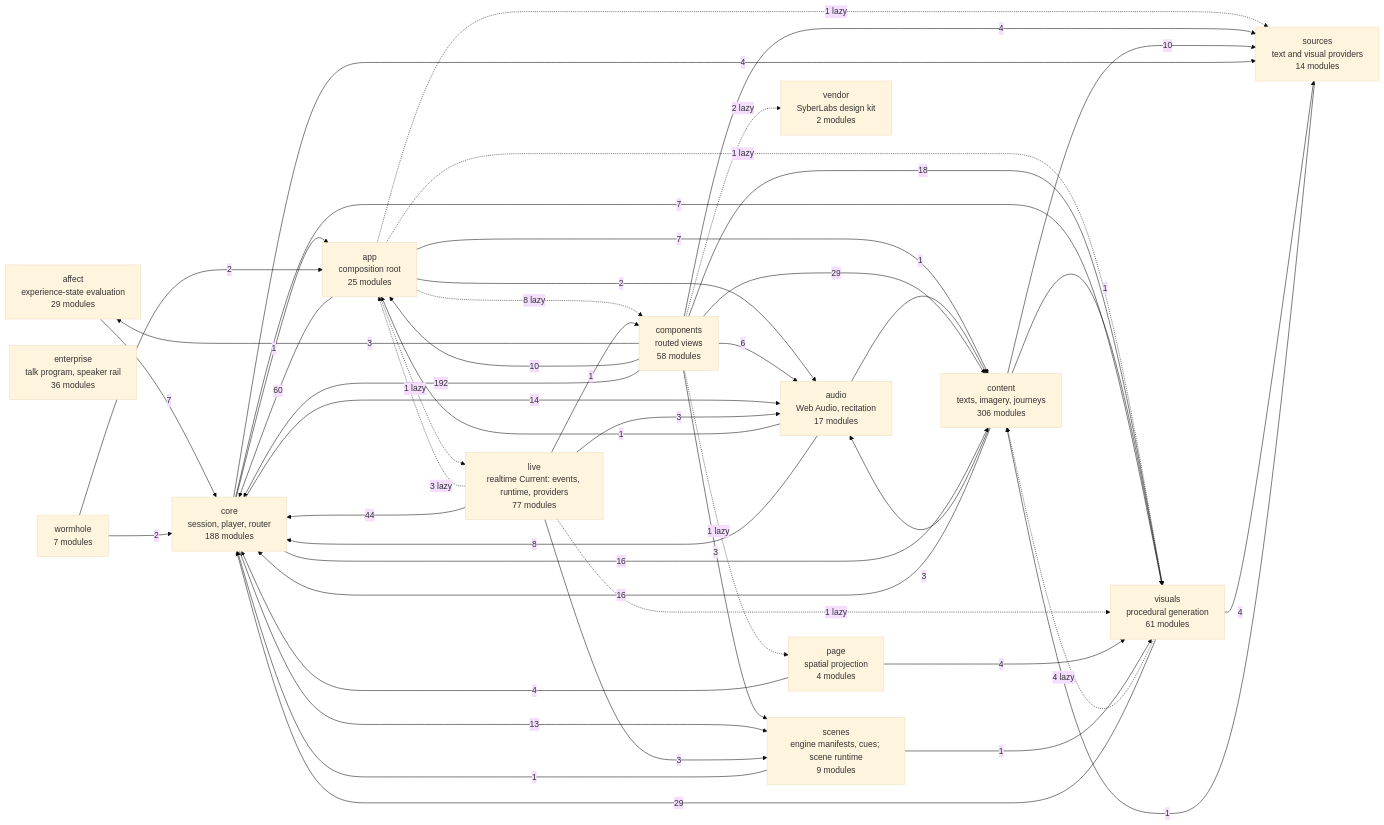
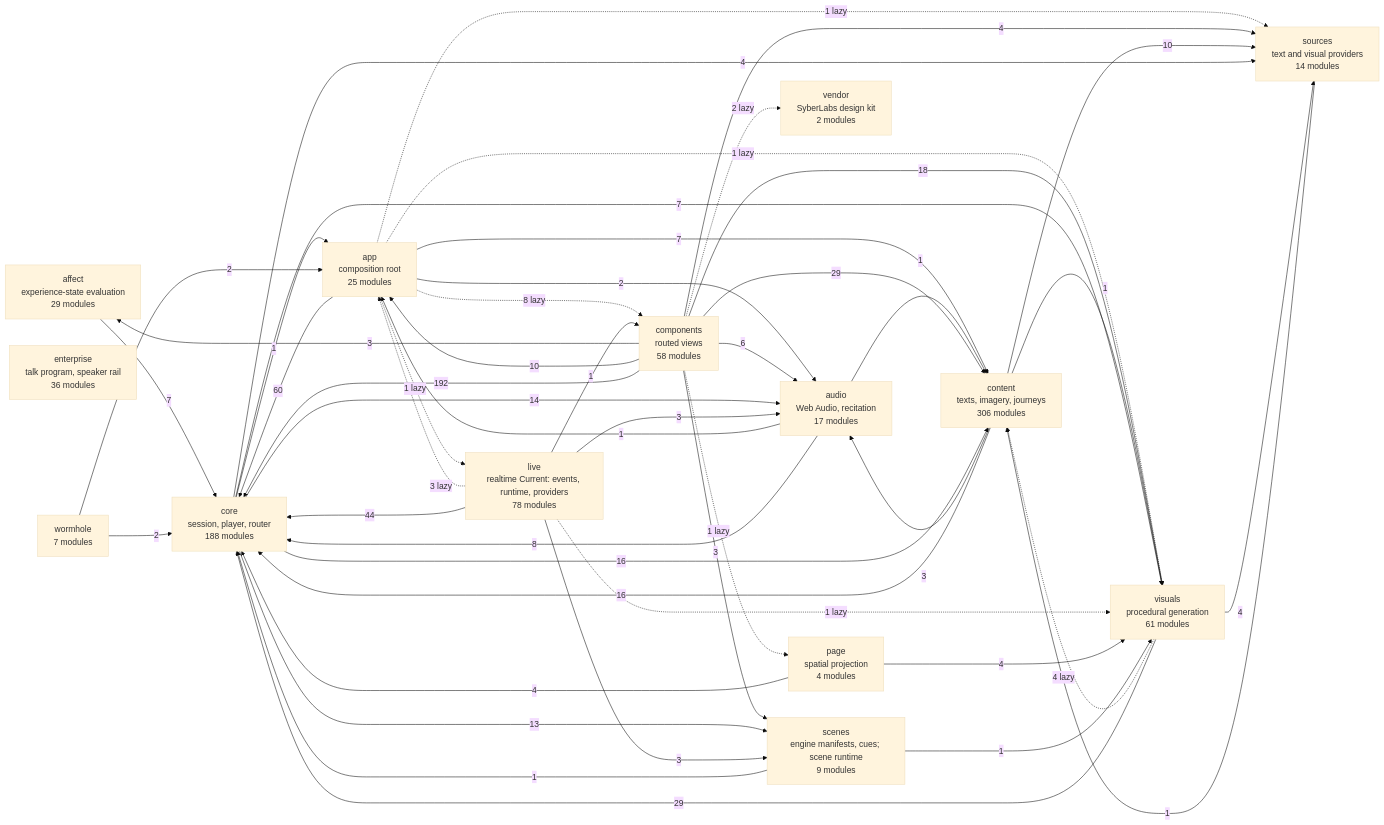
One commit to SyberLabs/RISE changed the diagram in docs/specs/ARCHITECTURE.md. Above: the diagram before and after it, drawn with Mermaid (base theme). The commit also changed 21 other files, not shown here.

````diff
--- a/docs/specs/ARCHITECTURE.md
+++ b/docs/specs/ARCHITECTURE.md
@@ -161,65 +161,65 @@
 ```mermaid
 flowchart LR
     affect["affect<br/>experience-state evaluation<br/>29 modules"]
     app["app<br/>composition root<br/>25 modules"]
     audio["audio<br/>Web Audio, recitation<br/>17 modules"]
     components["components<br/>routed views<br/>58 modules"]
     content["content<br/>texts, imagery, journeys<br/>306 modules"]
     core["core<br/>session, player, router<br/>188 modules"]
     enterprise["enterprise<br/>talk program, speaker rail<br/>36 modules"]
-    live["live<br/>realtime Current: events, runtime, providers<br/>77 modules"]
+    live["live<br/>realtime Current: events, runtime, providers<br/>78 modules"]
     page["page<br/>spatial projection<br/>4 modules"]
     scenes["scenes<br/>engine manifests, cues; scene runtime<br/>9 modules"]
     sources["sources<br/>text and visual providers<br/>14 modules"]
     vendor["vendor<br/>SyberLabs design kit<br/>2 modules"]
     visuals["visuals<br/>procedural generation<br/>61 modules"]
     wormhole["wormhole<br/>7 modules"]
 
     affect --> |7| core
     app --> |2| audio
     app -.-> |8 lazy| components
     app --> |7| content
     app --> |60| core
     app -.-> |1 lazy| live
     app -.-> |1 lazy| sources
     app -.-> |1 lazy| visuals
     audio --> |1| app
     audio --> |1| content
     audio --> |8| core
     components --> |3| affect
     components --> |10| app
     components --> |6| audio
     components --> |29| content
     components --> |192| core
     components -.-> |1 lazy| page
     components --> |3| scenes
     components --> |4| sources
     components -.-> |2 lazy| vendor
     components --> |18| visuals
     content --> |3| audio
     content --> |16| core
     content --> |10| sources
     content --> |1| visuals
     core --> |1| app
     core --> |14| audio
     core --> |16| content
     core --> |13| scenes
     core --> |4| sources
     core --> |7| visuals
     live -.-> |3 lazy| app
     live --> |3| audio
     live --> |1| components
     live --> |44| core
     live --> |3| scenes
     live -.-> |1 lazy| visuals
     page --> |4| core
     page --> |4| visuals
     scenes --> |1| core
     scenes --> |1| visuals
     sources --> |1| content
     visuals -.-> |4 lazy| content
     visuals --> |29| core
     visuals --> |4| sources
     wormhole --> |2| app
     wormhole --> |2| core
 ```
````
